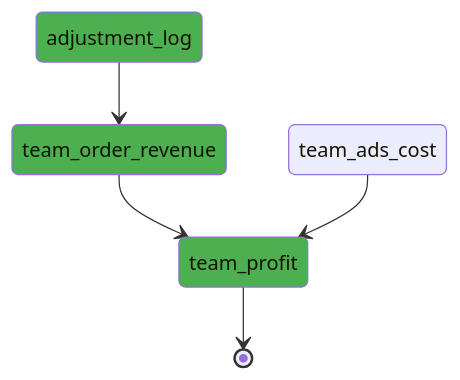
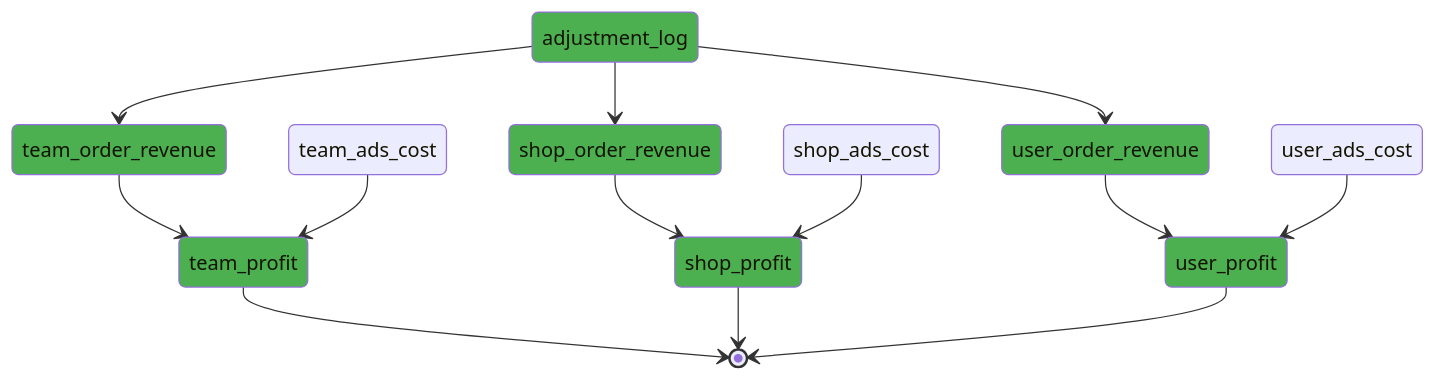
One commit to pdcgo/worker_stat changed the diagram in batch_test.mmd. Above: the diagram before and after it, drawn with Mermaid. The commit also changed 5 other files, not shown here.

```diff
--- a/batch_test.mmd
+++ b/batch_test.mmd
@@ -1,8 +1,22 @@
 stateDiagram-v2
 	team_profit--> [*]
 	style team_profit fill:#4CAF50
+	shop_profit--> [*]
+	style shop_profit fill:#4CAF50
+	user_profit--> [*]
+	style user_profit fill:#4CAF50
 	adjustment_log--> team_order_revenue
 	style adjustment_log fill:#4CAF50
 	team_order_revenue--> team_profit
 	style team_order_revenue fill:#4CAF50
 	team_ads_cost--> team_profit
+	adjustment_log--> shop_order_revenue
+	style adjustment_log fill:#4CAF50
+	shop_order_revenue--> shop_profit
+	style shop_order_revenue fill:#4CAF50
+	shop_ads_cost--> shop_profit
+	adjustment_log--> user_order_revenue
+	style adjustment_log fill:#4CAF50
+	user_order_revenue--> user_profit
+	style user_order_revenue fill:#4CAF50
+	user_ads_cost--> user_profit
```
